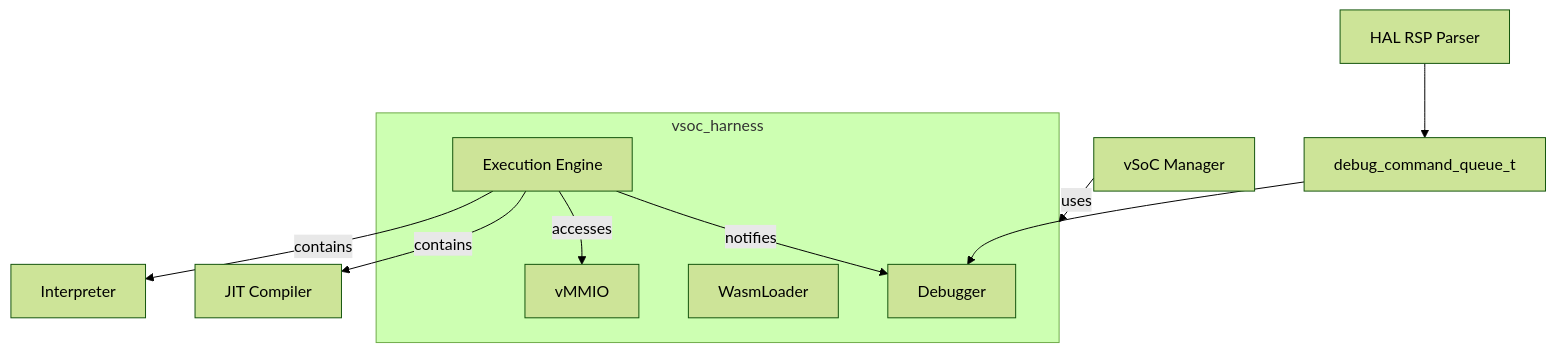
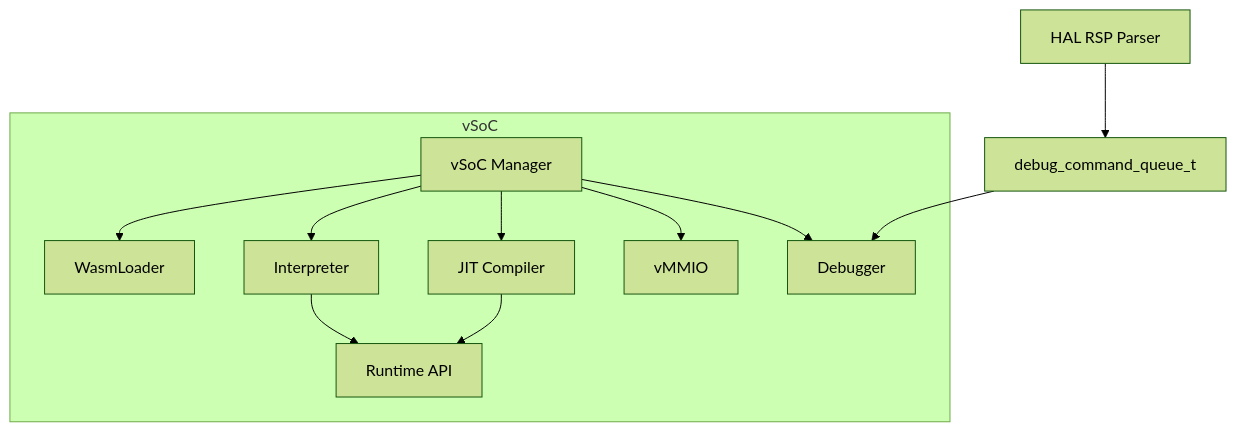
Before and after one commit to kmt-t/fireball: the first of 4 diagrams in docs/orders/components/vsoc.md, drawn with Mermaid (forest theme). The commit also changed other lines of this file and 11 other files, not shown here.

````diff
--- a/docs/orders/components/vsoc.md
+++ b/docs/orders/components/vsoc.md
@@ -15,18 +14,22 @@
 ```mermaid
 graph TD
-    subgraph vsoc_harness
+    subgraph vSoC
+        Manager[vSoC Manager]
         Loader[WasmLoader]
-        Engine[Execution Engine]
+        Interp[Interpreter]
+        JIT[JIT Compiler]
         vMMIO[vMMIO]
         Debug[Debugger]
+        API[Runtime API]
     end
 
-    vSoC[vSoC Manager] -- uses --> vsoc_harness
-    Engine -- contains --> Interp[Interpreter]
-    Engine -- contains --> JIT[JIT Compiler]
-    Engine -- accesses --> vMMIO
-    Engine -- notifies --> Debug
-    
     HAL[HAL RSP Parser] --> Queue[debug_command_queue_t]
     Queue --> Debug
+    Manager --> Loader
+    Manager --> Interp
+    Manager --> JIT
+    Manager --> vMMIO
+    Manager --> Debug
+    Interp --> API
+    JIT --> API
 ```
````
